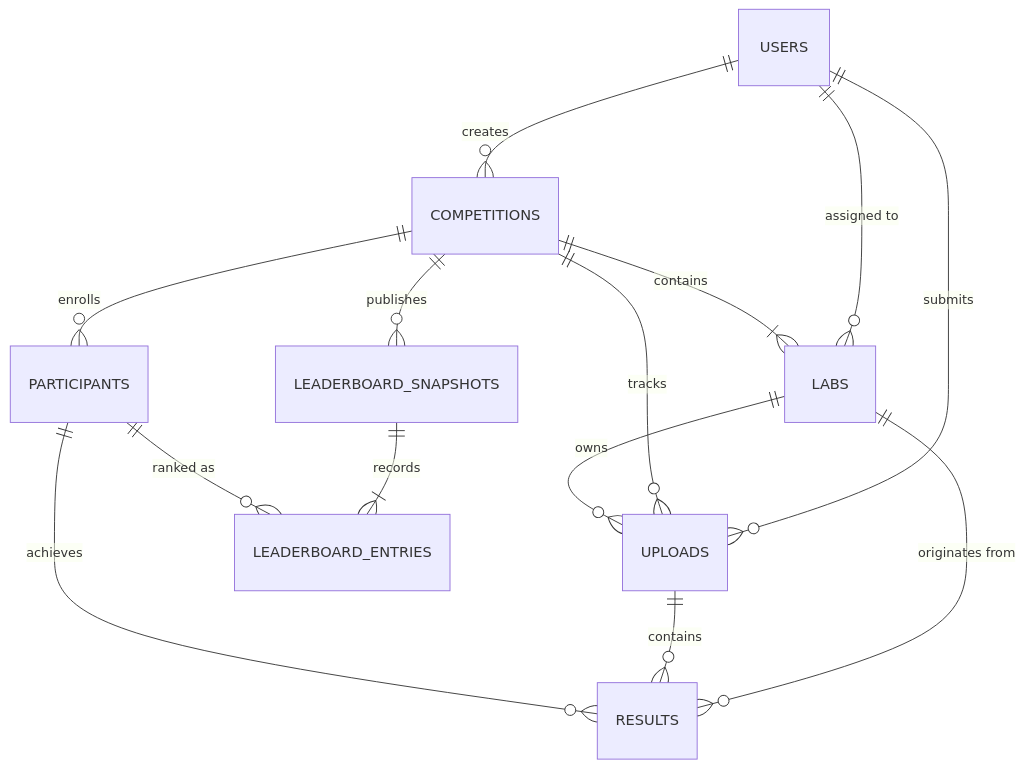
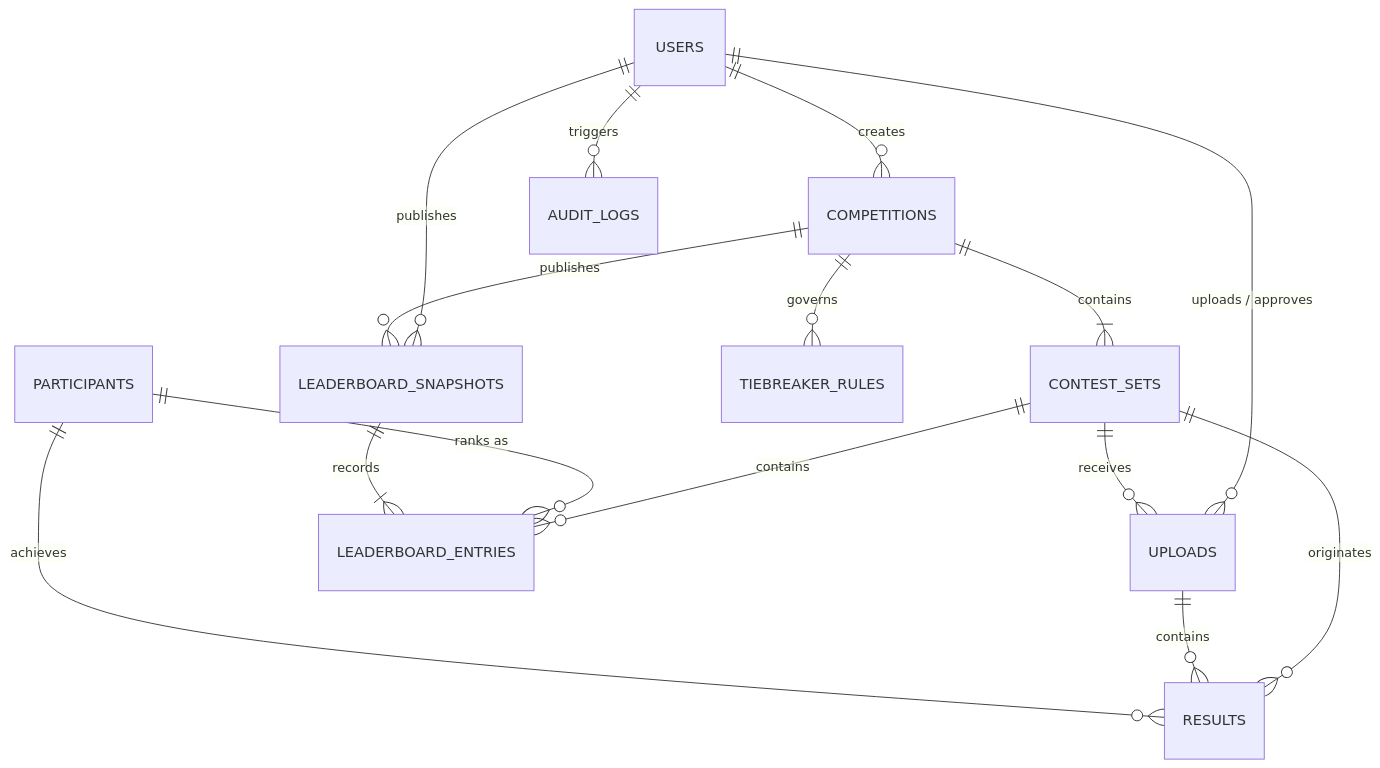
Before and after one commit to toxicbishop/CodeClash-LeaderBoard: the diagram in docs/data-model.md, drawn with Mermaid. The commit also changed other lines of this file and 4 other files, not shown here.

````diff
--- a/docs/data-model.md
+++ b/docs/data-model.md
@@ -9,16 +11,17 @@
 ```mermaid
 erDiagram
     USERS ||--o{ COMPETITIONS : "creates"
-    USERS ||--o{ LABS : "assigned to"
-    USERS ||--o{ UPLOADS : "submits"
-    COMPETITIONS ||--|{ LABS : "contains"
-    COMPETITIONS ||--o{ UPLOADS : "tracks"
-    COMPETITIONS ||--o{ PARTICIPANTS : "enrolls"
+    USERS ||--o{ UPLOADS : "uploads / approves"
+    USERS ||--o{ AUDIT_LOGS : "triggers"
+    USERS ||--o{ LEADERBOARD_SNAPSHOTS : "publishes"
+    COMPETITIONS ||--|{ CONTEST_SETS : "contains"
+    COMPETITIONS ||--o{ TIEBREAKER_RULES : "governs"
     COMPETITIONS ||--o{ LEADERBOARD_SNAPSHOTS : "publishes"
-    LABS ||--o{ UPLOADS : "owns"
-    LABS ||--o{ RESULTS : "originates from"
+    CONTEST_SETS ||--o{ UPLOADS : "receives"
+    CONTEST_SETS ||--o{ RESULTS : "originates"
+    CONTEST_SETS ||--o{ LEADERBOARD_ENTRIES : "contains"
     UPLOADS ||--o{ RESULTS : "contains"
     PARTICIPANTS ||--o{ RESULTS : "achieves"
+    PARTICIPANTS ||--o{ LEADERBOARD_ENTRIES : "ranks as"
     LEADERBOARD_SNAPSHOTS ||--|{ LEADERBOARD_ENTRIES : "records"
-    PARTICIPANTS ||--o{ LEADERBOARD_ENTRIES : "ranked as"
 ```
````
